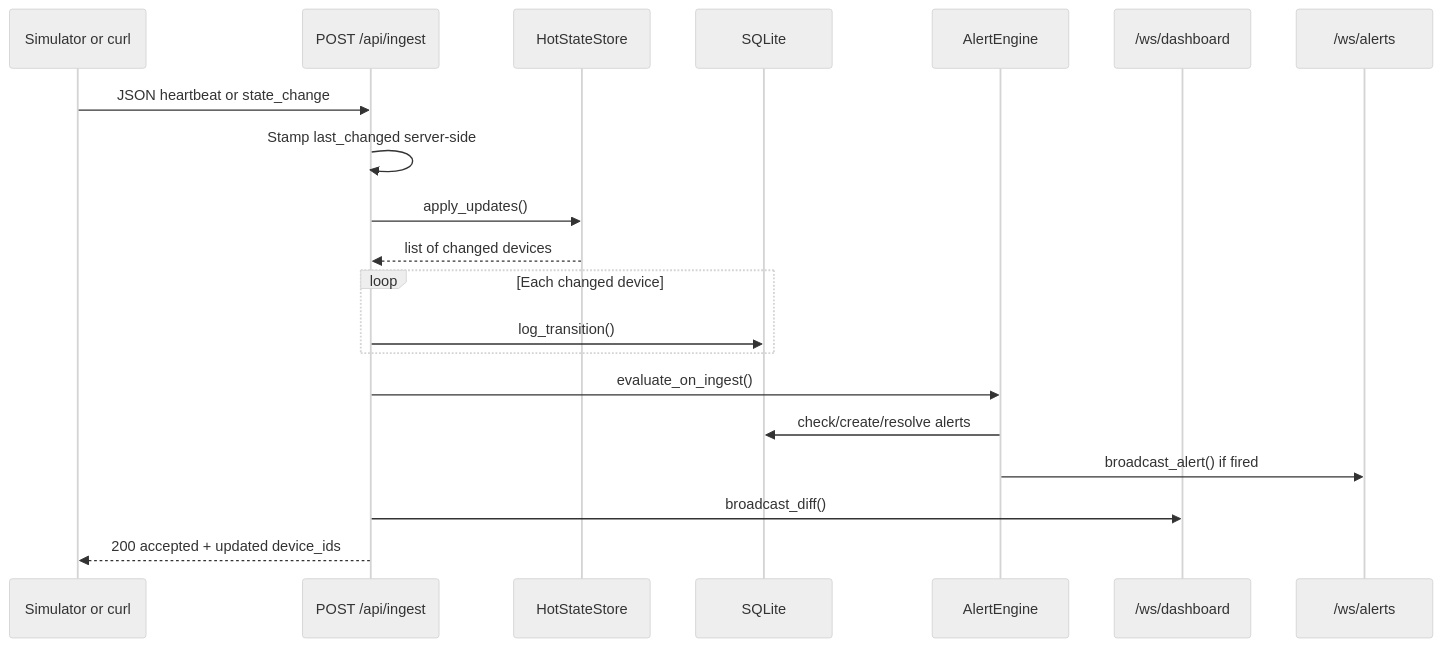
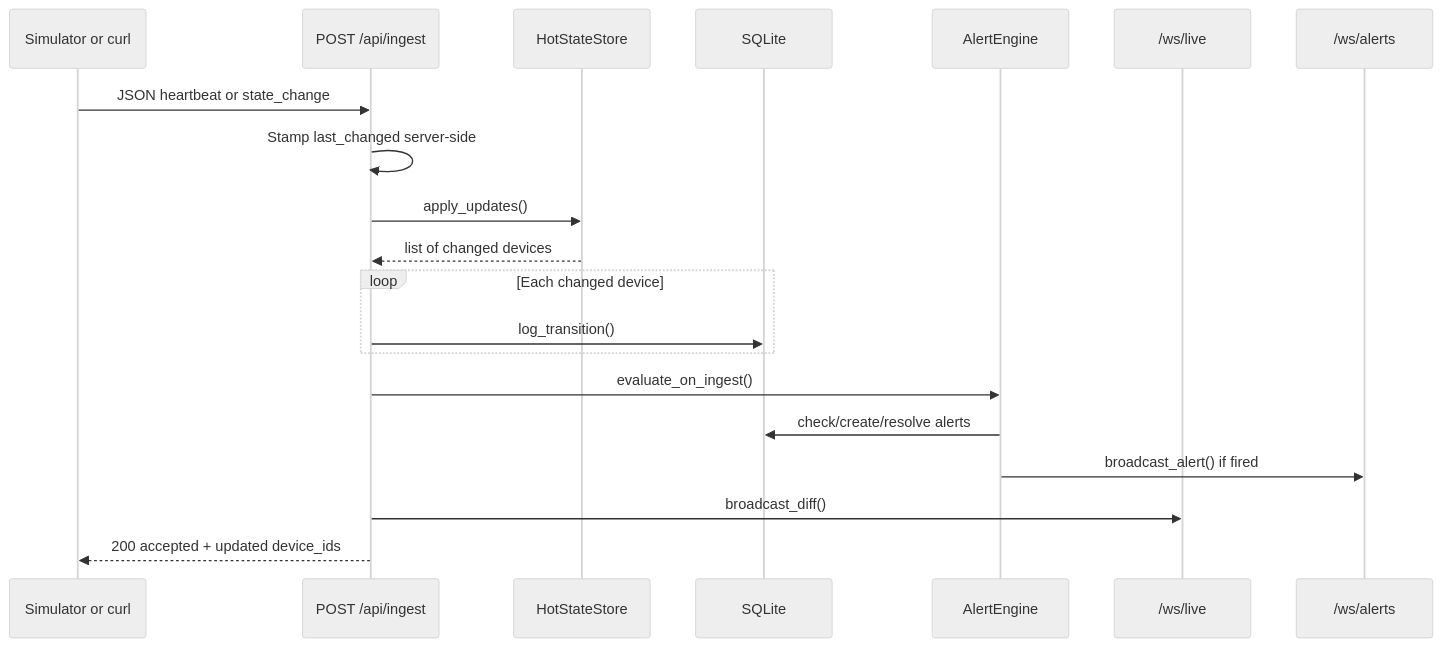
The second of 4 diagrams in doc/SYSTEM_GUIDE.md (naeemsadik/IUT_Techathon_Preli), drawn with Mermaid (neutral theme) before and after one commit. The commit also changed other lines of this file and 33 other files, not shown here.

````diff
--- a/doc/SYSTEM_GUIDE.md
+++ b/doc/SYSTEM_GUIDE.md
@@ -65,23 +65,23 @@
 ```mermaid
 sequenceDiagram
     participant Source as Simulator or curl
     participant API as POST /api/ingest
     participant Hot as HotStateStore
     participant DB as SQLite
     participant Alerts as AlertEngine
-    participant WSD as /ws/dashboard
+    participant WSD as /ws/live
     participant WSA as /ws/alerts
 
     Source->>API: JSON heartbeat or state_change
     API->>API: Stamp last_changed server-side
     API->>Hot: apply_updates()
     Hot-->>API: list of changed devices
     loop Each changed device
         API->>DB: log_transition()
     end
     API->>Alerts: evaluate_on_ingest()
     Alerts->>DB: check/create/resolve alerts
     Alerts->>WSA: broadcast_alert() if fired
     API->>WSD: broadcast_diff()
     API-->>Source: 200 accepted + updated device_ids
 ```
````
